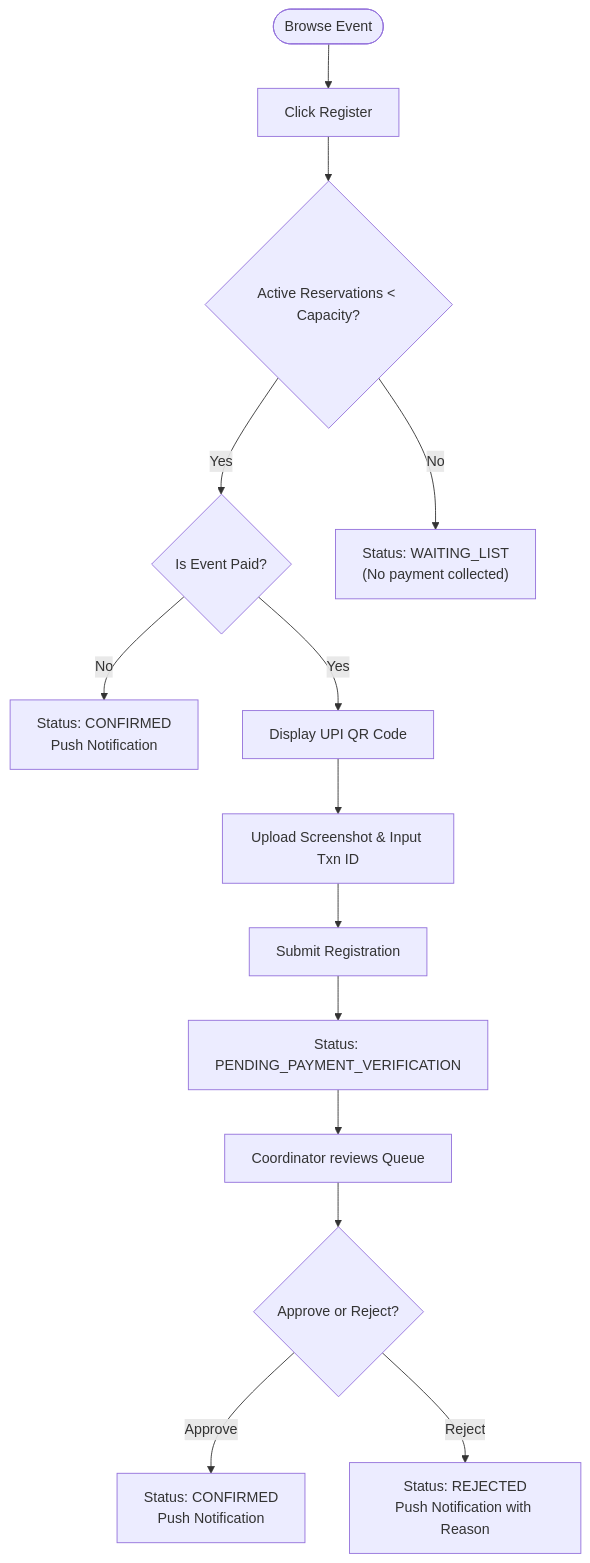
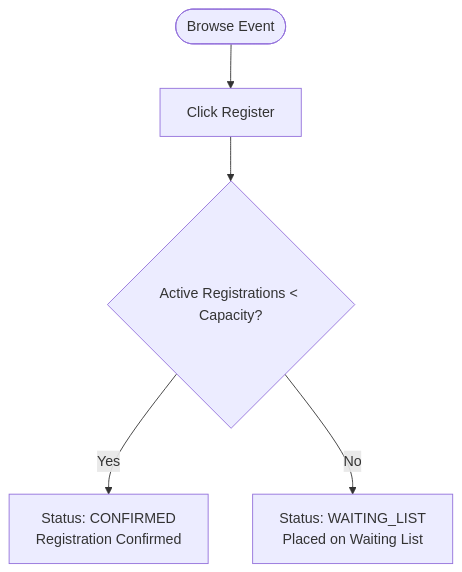
The first of 2 diagrams in docs/prd.md (pec-developers/pec-events-app), drawn with Mermaid before and after one commit. The commit also changed other lines of this file and 1 other file, not shown here.

Commit message:
docs(sync): synchronize LLD and PRD role parameters, draft event creation, and registration boundaries

````diff
--- a/docs/prd.md
+++ b/docs/prd.md
@@ -71,18 +57,8 @@
 ```mermaid
 flowchart TD
     A([Browse Event]) --> B[Click Register]
-    B --> C{Active Reservations < Capacity?}
+    B --> C{Active Registrations < Capacity?}
     
-    C -- Yes --> D{Is Event Paid?}
-    D -- No --> E["Status: CONFIRMED<br/>Push Notification"]
-    D -- Yes --> F[Display UPI QR Code]
-    F --> G[Upload Screenshot & Input Txn ID]
-    G --> H[Submit Registration]
-    H --> I[Status: PENDING_PAYMENT_VERIFICATION]
-    I --> J[Coordinator reviews Queue]
-    J --> K{Approve or Reject?}
-    K -- Approve --> L["Status: CONFIRMED<br/>Push Notification"]
-    K -- Reject --> M["Status: REJECTED<br/>Push Notification with Reason"]
-
-    C -- No --> N["Status: WAITING_LIST<br/>(No payment collected)"]
+    C -- Yes --> D["Status: CONFIRMED<br/>Registration Confirmed"]
+    C -- No --> E["Status: WAITING_LIST<br/>Placed on Waiting List"]
 ```
````
